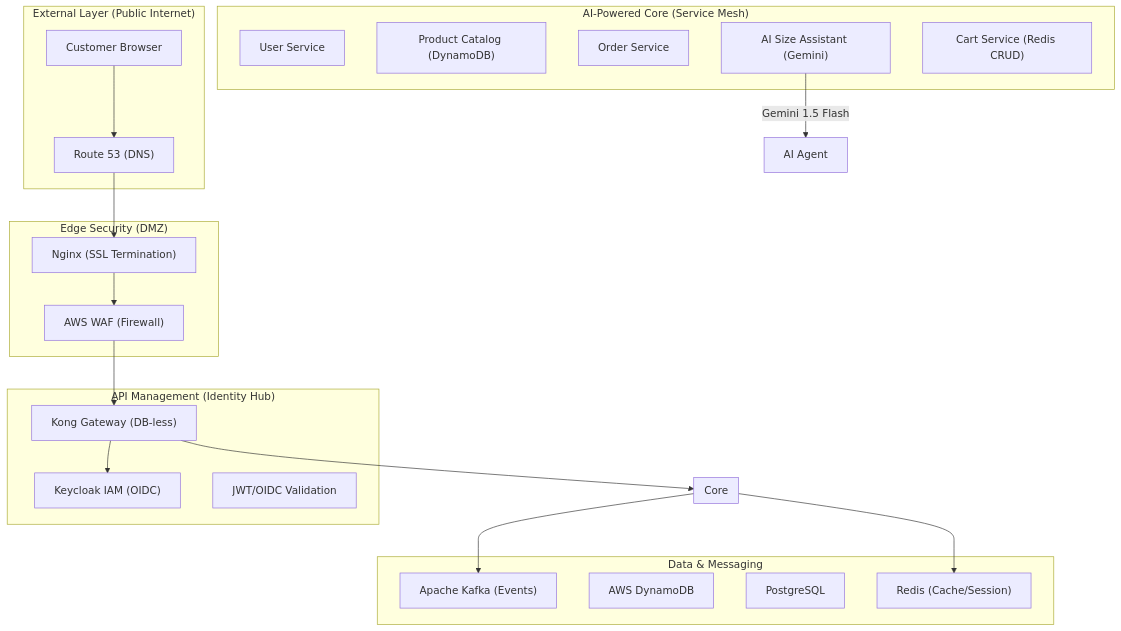
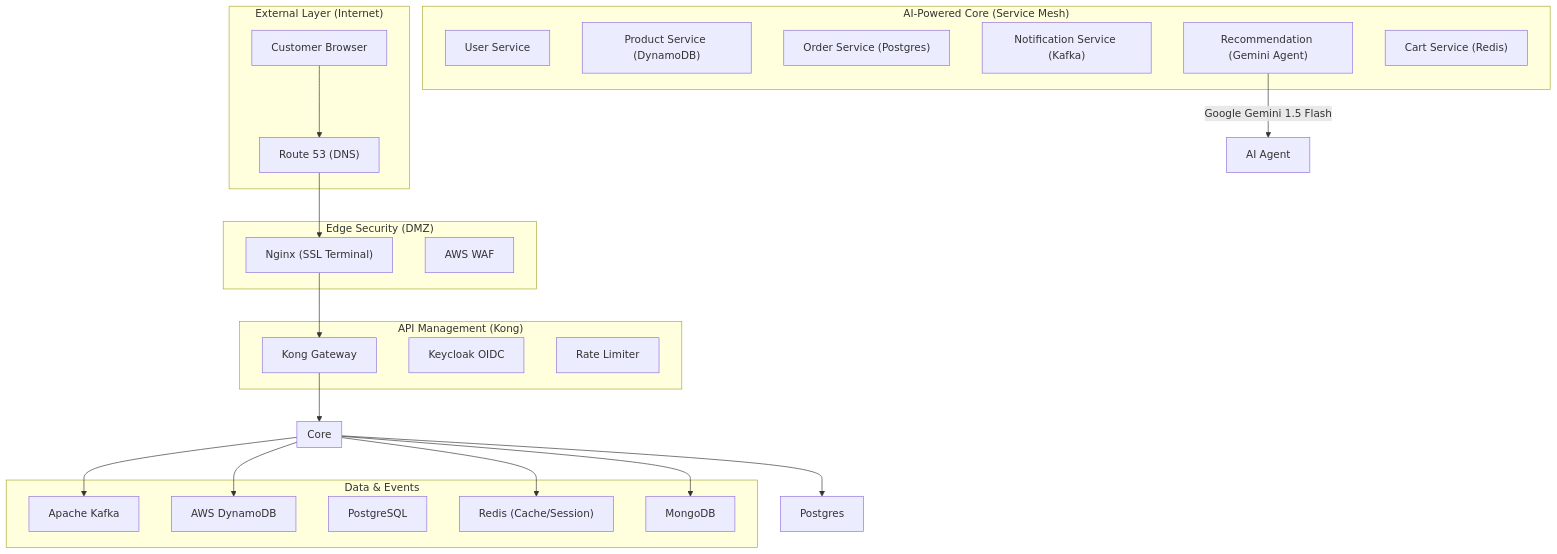
One commit to PPY2204/e-commerce-clothes-platform changed the diagram in README.md. Above: the diagram before and after it, drawn with Mermaid. The commit also changed other lines of this file and 3 other files, not shown here.

````diff
--- a/README.md
+++ b/README.md
@@ -18,52 +18,56 @@
 ```mermaid
 graph TB
-    subgraph "External Layer (Public Internet)"
+    subgraph "External Layer (Internet)"
         User["Customer Browser"]
         RT53["Route 53 (DNS)"]
     end
 
     subgraph "Edge Security (DMZ)"
-        Nginx["Nginx (SSL Termination)"]
-        WAF["AWS WAF (Firewall)"]
+        Nginx["Nginx (SSL Terminal)"]
+        WAF["AWS WAF"]
     end
 
-    subgraph "API Management (Identity Hub)"
-        Kong["Kong Gateway (DB-less)"]
-        Keycloak["Keycloak IAM (OIDC)"]
-        OIDC["JWT/OIDC Validation"]
+    subgraph "API Management (Kong)"
+        Kong["Kong Gateway"]
+        OIDC["Keycloak OIDC"]
+        RL["Rate Limiter"]
     end
 
     subgraph "AI-Powered Core (Service Mesh)"
         US["User Service"]
-        PS["Product Catalog (DynamoDB)"]
-        OS["Order Service"]
-        RS["AI Size Assistant (Gemini)"]
-        CS["Cart Service (Redis CRUD)"]
+        PS["Product Service (DynamoDB)"]
+        OS["Order Service (Postgres)"]
+        NS["Notification Service (Kafka)"]
+        RS["Recommendation (Gemini Agent)"]
+        CS["Cart Service (Redis)"]
     end
 
-    subgraph "Data & Messaging"
-        Kafka["Apache Kafka (Events)"]
+    subgraph "Data & Events"
+        Kafka["Apache Kafka"]
         Dynamo["AWS DynamoDB"]
         PG["PostgreSQL"]
         Redis["Redis (Cache/Session)"]
+        Mongo["MongoDB"]
     end
 
     User --> RT53
     RT53 --> Nginx
-    Nginx --> WAF
-    WAF --> Kong
-    Kong --> Keycloak
+    Nginx --> Kong
     Kong --> Core
     
     subgraph Core
         US
         PS
         OS
+        NS
         RS
         CS
     end
 
-    RS -- Gemini 1.5 Flash --> AI[AI Agent]
+    RS -- Google Gemini 1.5 Flash --> Gemini[AI Agent]
     Core --> Kafka
     Core --> Redis
+    Core --> Postgres
+    Core --> Mongo
+    Core --> Dynamo
 ```
````
